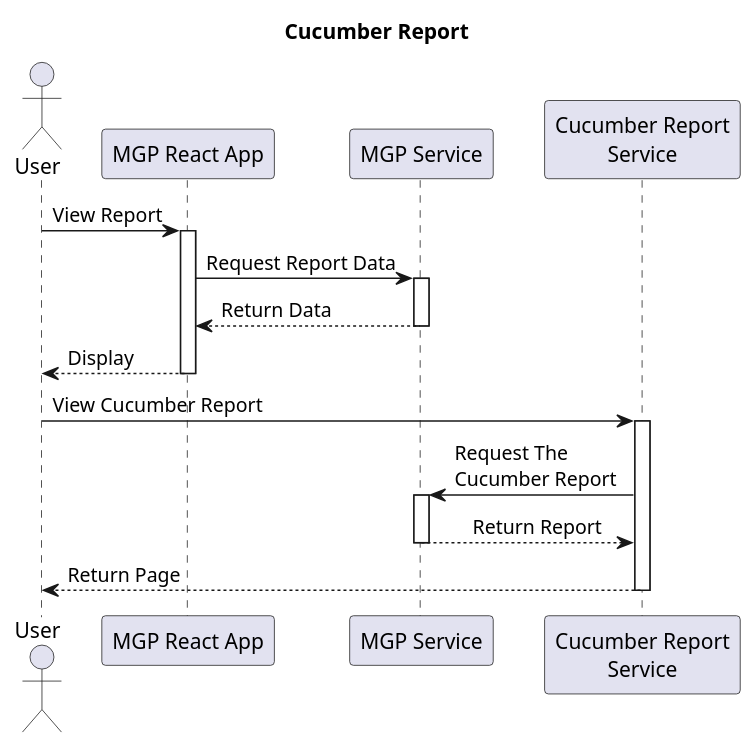
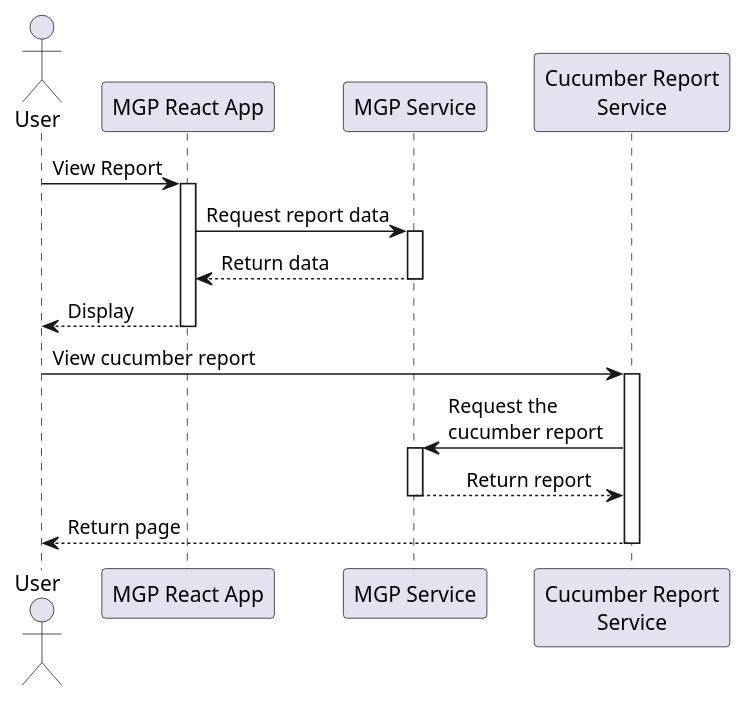
Before and after one commit to b4456609/mgp-back: the diagram in diagram/sequence/cucumberReport.puml, drawn with PlantUML. The commit also changed 5 other files, not shown here.

Commit message:
change diagram to lower case

```diff
--- a/diagram/sequence/cucumberReport.puml
+++ b/diagram/sequence/cucumberReport.puml
@@ -1,35 +1,34 @@
 @startuml
-title Cucumber Report
 actor User
 participant "MGP React App" as A
 participant "MGP Service" as B
 participant "Cucumber Report\nService" as C
 
 User -> A: View Report
 activate A
 
-A -> B: Request Report Data
+A -> B: Request report data
 activate B
 
 
-B --> A: Return Data
+B --> A: Return data
 deactivate B
 
 A --> User: Display
 deactivate A
 
 
-User -> C: View Cucumber Report
+User -> C: View cucumber report
 activate C
 
-C -> B: Request The \nCucumber Report
+C -> B: Request the \ncucumber report
 activate B
 
 
-B --> C: \tReturn Report
+B --> C: \tReturn report
 deactivate B
-C --> User: Return Page
+C --> User: Return page
 deactivate C
 
 
 @enduml
```
